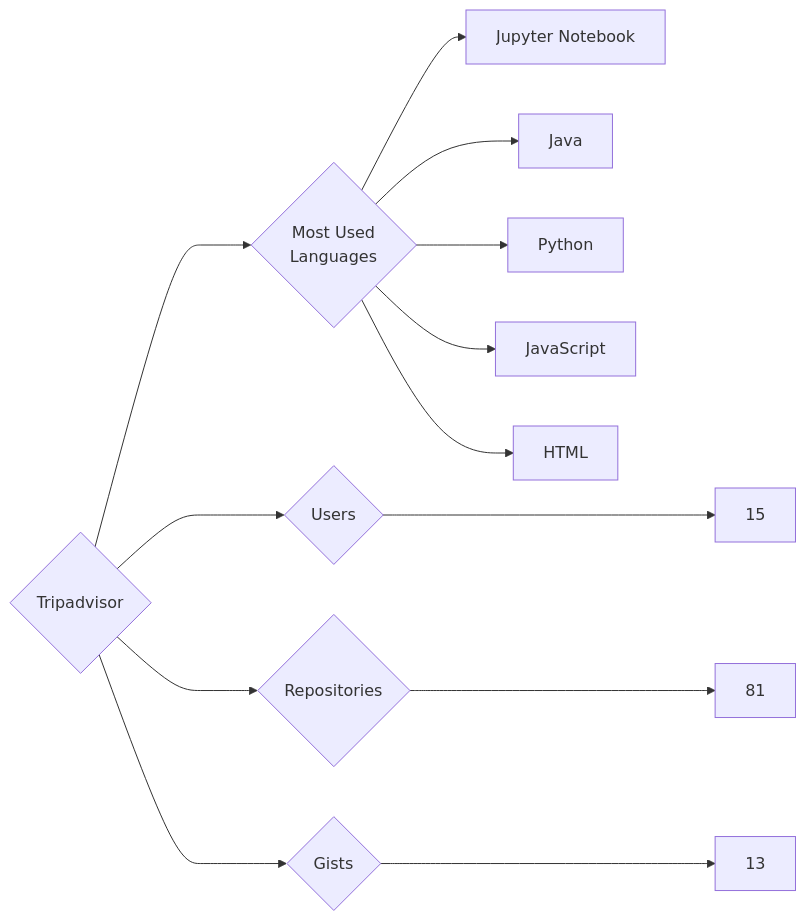
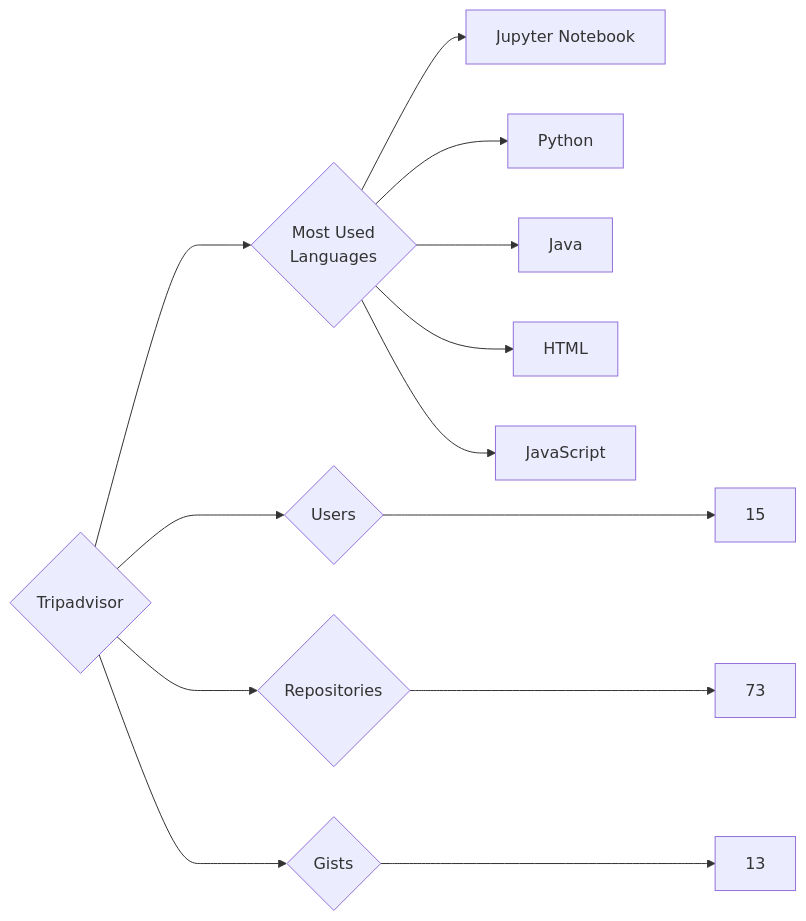
Before and after one commit to trickest/insiders: the diagram in targets/Tripadvisor/README.md, drawn with Mermaid. The commit also changed 725 other files, not shown here.

````diff
--- a/targets/Tripadvisor/README.md
+++ b/targets/Tripadvisor/README.md
@@ -3,13 +3,13 @@
 ```mermaid
 graph LR
 COMPANY_NAME{Tripadvisor}
 COMPANY_NAME ---> U{Users} ---> UN[15]
-COMPANY_NAME ---> R{Repositories} ---> RN[81]
+COMPANY_NAME ---> R{Repositories} ---> RN[73]
 COMPANY_NAME ---> G{Gists} ---> GN[13]
 COMPANY_NAME ---> ML{Most Used<br>Languages}
 ML --> Jupyter_Notebook[Jupyter Notebook]
+ML --> Python[Python]
 ML --> Java[Java]
-ML --> Python[Python]
+ML --> HTML[HTML]
 ML --> JavaScript[JavaScript]
-ML --> HTML[HTML]
 ```
````
